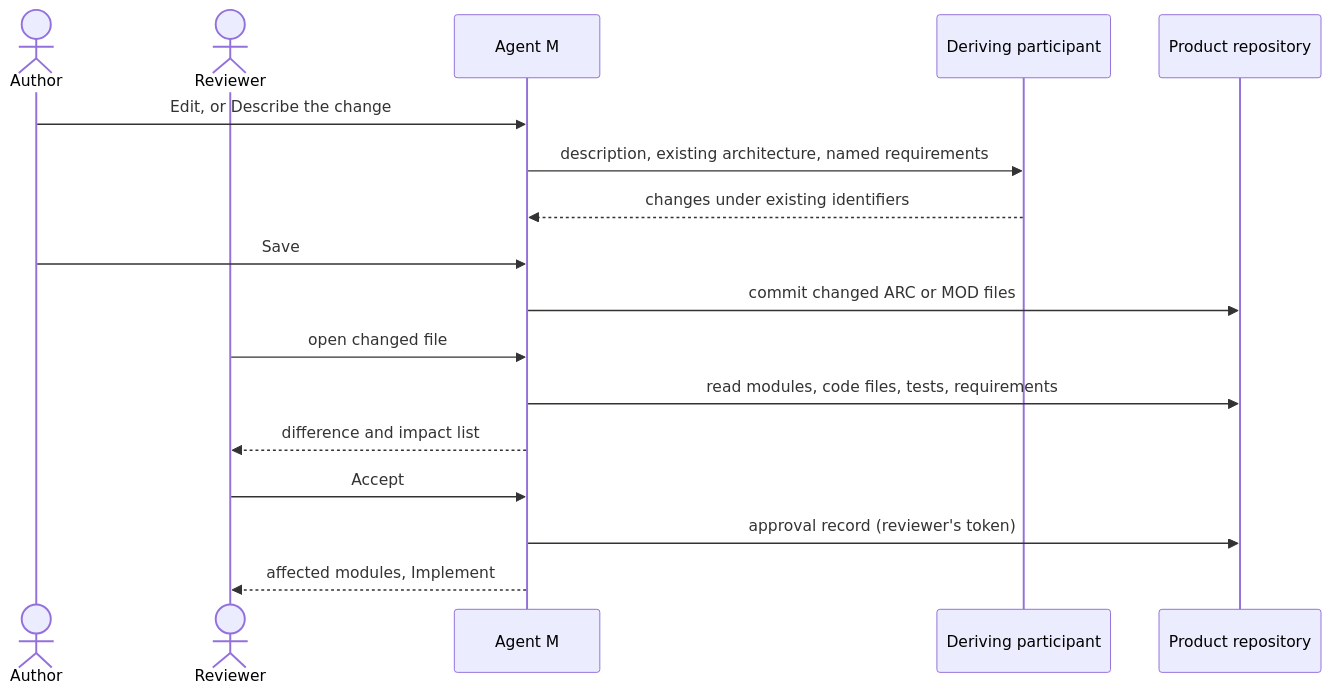
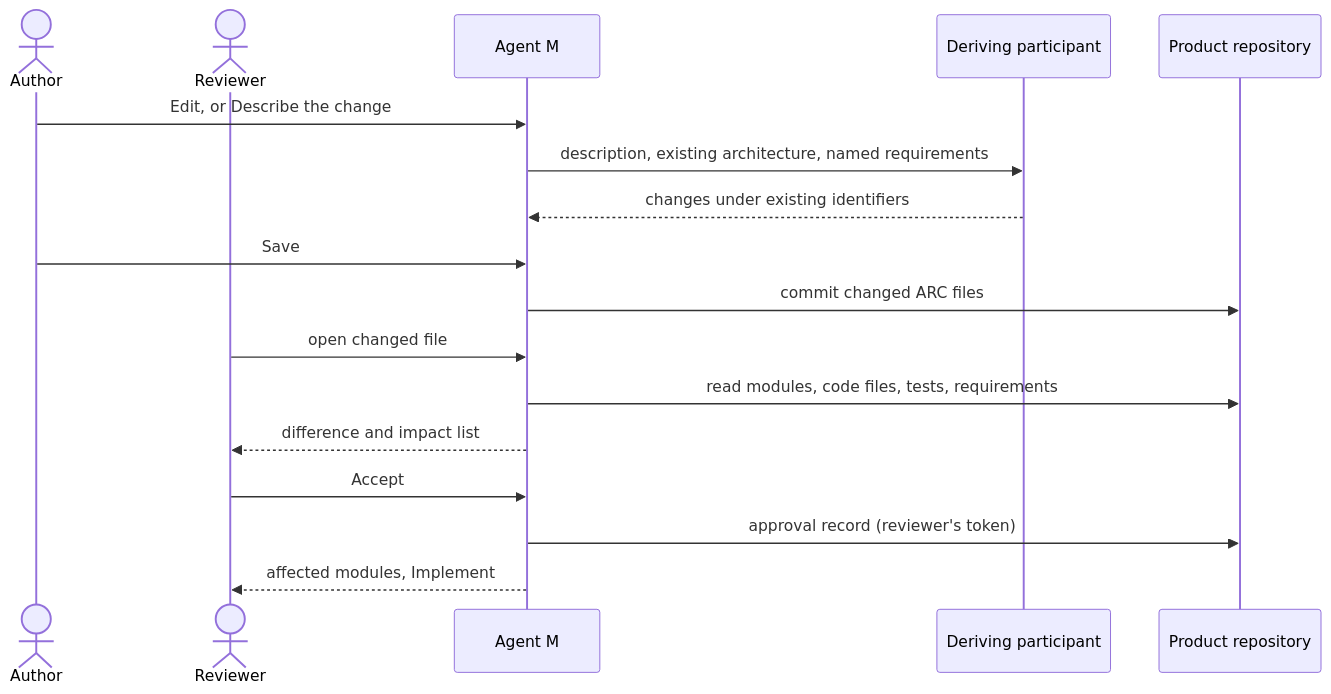
The diagram in docs/use-cases/UC-023-modify-the-architecture.md (akmaier/agent-m), drawn with Mermaid before and after one commit. The commit also changed other lines of this file and 4 other files, not shown here.

First line of the commit message:
uc: UC-014, UC-022, UC-023, UC-024, UC-025 follow the accepted SPEC and the reviewed architecture

````diff
--- a/docs/use-cases/UC-023-modify-the-architecture.md
+++ b/docs/use-cases/UC-023-modify-the-architecture.md
@@ -79,19 +81,19 @@
 ```mermaid
 sequenceDiagram
     actor A as Author
     actor R as Reviewer
     participant M as Agent M
     participant P as Deriving participant
     participant G as Product repository
     A->>M: Edit, or Describe the change
     M->>P: description, existing architecture, named requirements
     P-->>M: changes under existing identifiers
     A->>M: Save
-    M->>G: commit changed ARC or MOD files
+    M->>G: commit changed ARC files
     R->>M: open changed file
     M->>G: read modules, code files, tests, requirements
     M-->>R: difference and impact list
     R->>M: Accept
     M->>G: approval record (reviewer's token)
     M-->>R: affected modules, Implement
 ```
````
